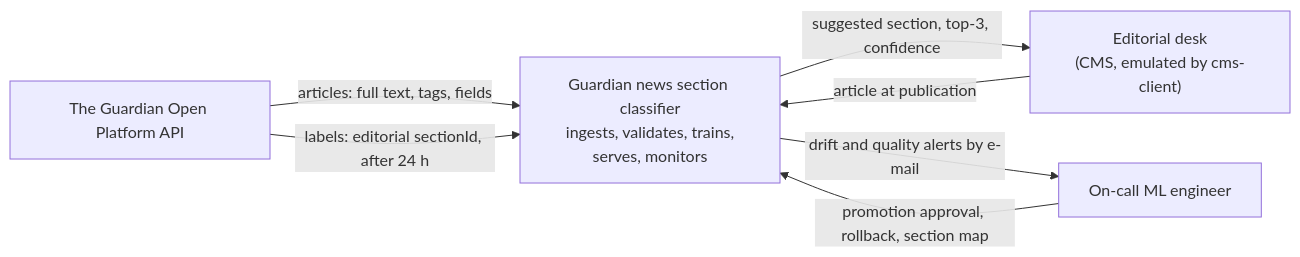
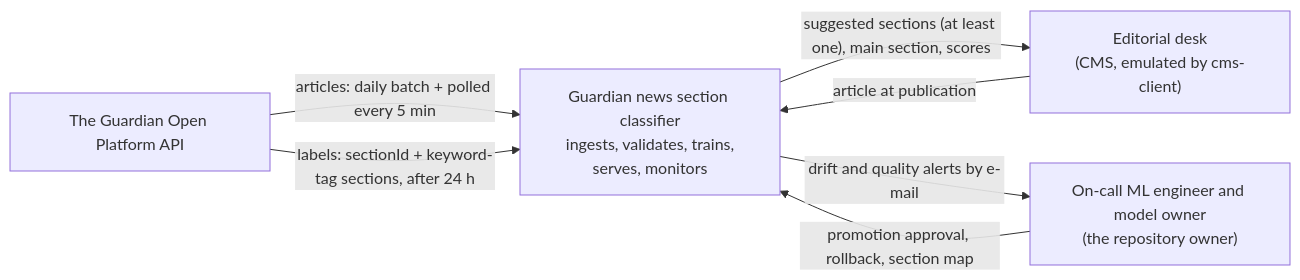
One commit to anechytailenko/mlops_course_repo changed the first of 3 diagrams in docs/design.md. Above: the diagram before and after it, drawn with Mermaid. The commit also changed other lines of this file and 1 other file, not shown here.

````diff
--- a/docs/design.md
+++ b/docs/design.md
@@ -290,10 +317,10 @@
 ```mermaid
 flowchart LR
-  GU["The Guardian Open Platform API"] -->|"articles: full text, tags, fields"| SYS
-  GU -->|"labels: editorial sectionId, after 24 h"| SYS
+  GU["The Guardian Open Platform API"] -->|"articles: daily batch + polled every 5 min"| SYS
+  GU -->|"labels: sectionId + keyword-tag sections, after 24 h"| SYS
   SYS["Guardian news section classifier<br/>ingests, validates, trains,<br/>serves, monitors"]
   CMS["Editorial desk<br/>(CMS, emulated by cms-client)"] -->|"article at publication"| SYS
-  SYS -->|"suggested section, top-3, confidence"| CMS
-  SYS -->|"drift and quality alerts by e-mail"| OC["On-call ML engineer"]
+  SYS -->|"suggested sections (at least one), main section, scores"| CMS
+  SYS -->|"drift and quality alerts by e-mail"| OC["On-call ML engineer and model owner<br/>(the repository owner)"]
   OC -->|"promotion approval, rollback, section map"| SYS
 ```
````
